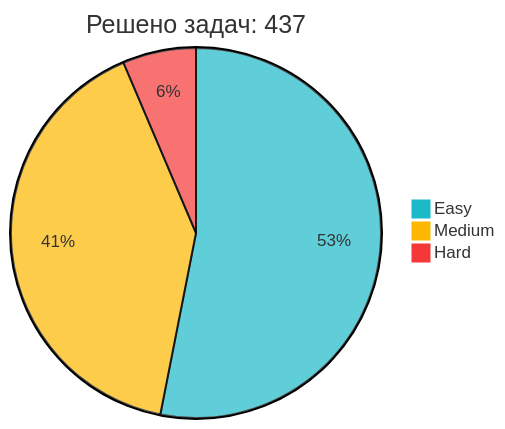
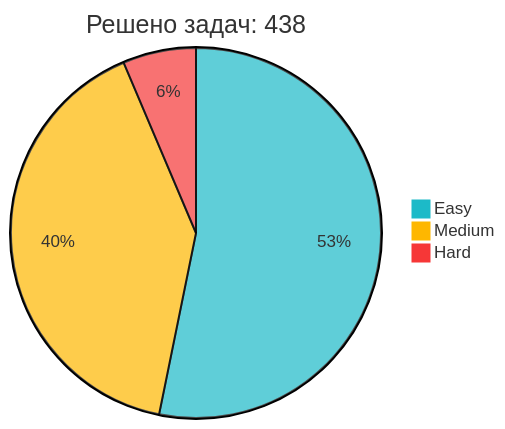
Before and after one commit to IliaKurdukov/IliaKurdukov: the diagram in README.md, drawn with Mermaid. The commit also changed other lines of this file, not shown here.

Commit message:
📈 Обновление статистики LeetCode

````diff
--- a/README.md
+++ b/README.md
@@ -51,7 +51,7 @@
 ```mermaid
 %%{init: {'theme': 'base', 'themeVariables': { 'pie1': '#1CBAC8', 'pie2': '#FEB700', 'pie3': '#F63737' }, 'config': {'width': 300, 'height': 200}}}%%
-pie title Решено задач: 437
-   "Easy" : 232
+pie title Решено задач: 438
+   "Easy" : 233
    "Medium" : 177
    "Hard" : 28
 ```
````
